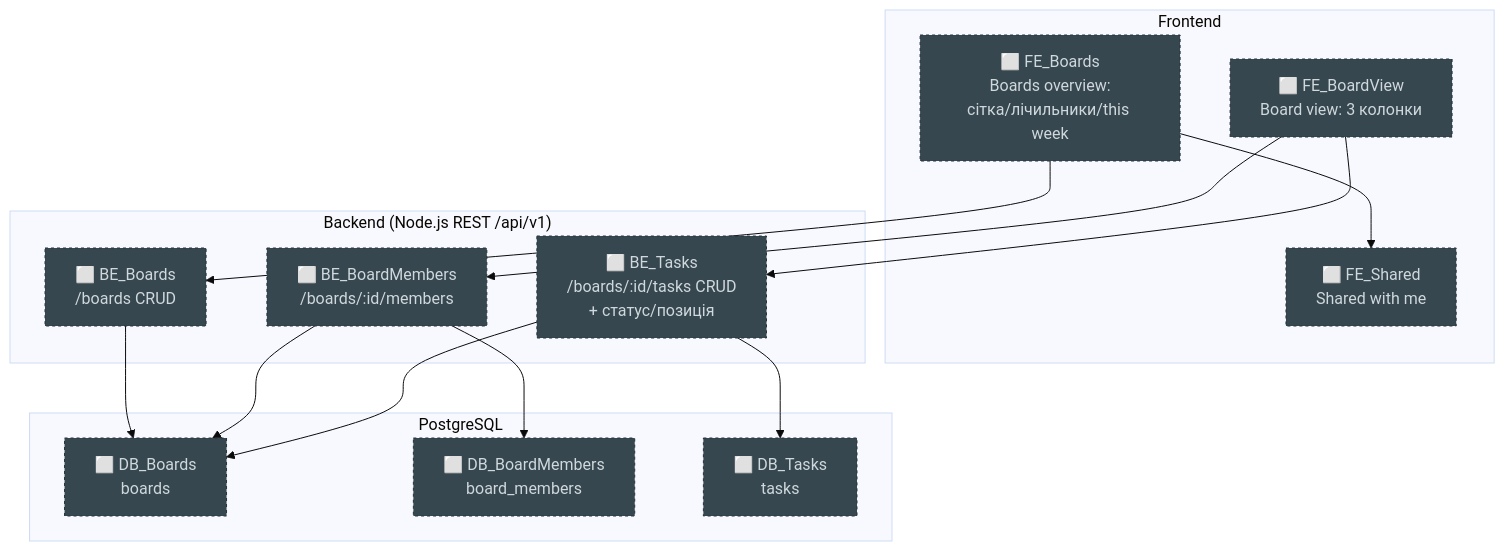
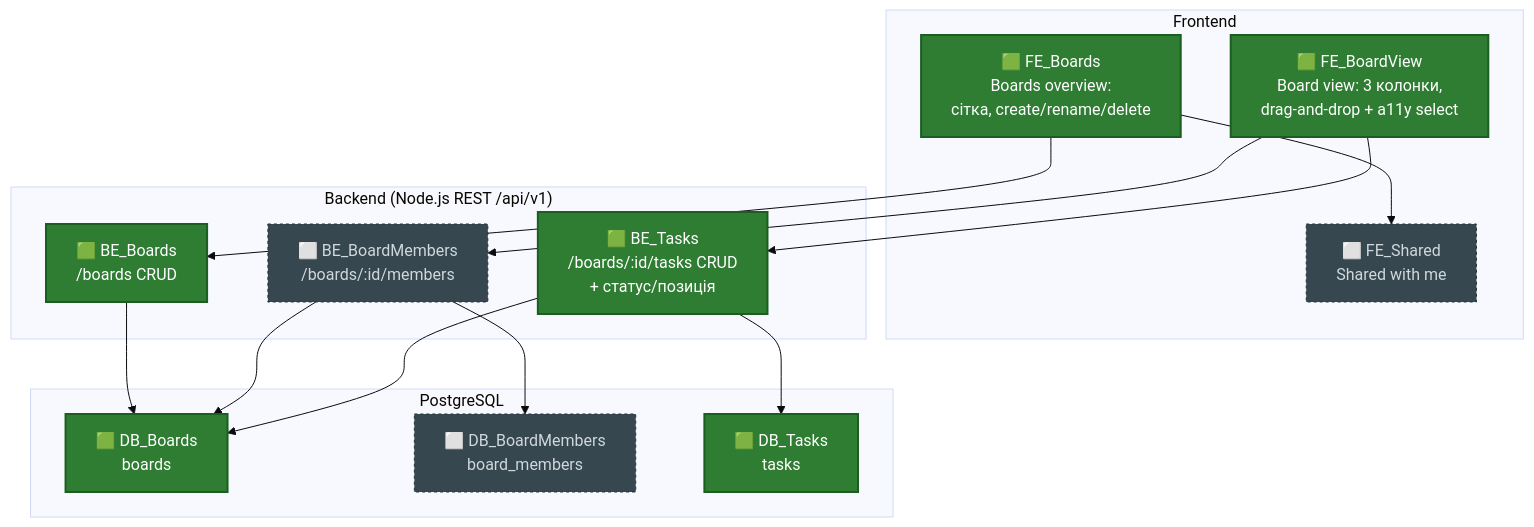
The second of 4 diagrams in PROJECT_MAP.md (ansukhorukova/learn-it), drawn with Mermaid (base theme) before and after one commit. The commit also changed other lines of this file and 1 other file, not shown here.

Commit message:
docs: update PROJECT_MAP.md — Boards/Board view/Task CRUD позначено done після Approve з фіксом concurrency-багів

````diff
--- a/PROJECT_MAP.md
+++ b/PROJECT_MAP.md
@@ -63,36 +63,37 @@
 ```mermaid
 graph TD
   classDef done fill:#2e7d32,color:#ffffff,stroke:#1b5e20,stroke-width:2px;
   classDef progress fill:#f9a825,color:#1a1a1a,stroke:#f57f17,stroke-width:2px;
   classDef planned fill:#37474f,color:#cfd8dc,stroke:#263238,stroke-width:1px,stroke-dasharray: 3 3;
 
   subgraph FE["Frontend"]
-    FE_Boards["⬜ FE_Boards<br/>Boards overview:<br/>сітка/лічильники/this week"]
+    FE_Boards["🟩 FE_Boards<br/>Boards overview:<br/>сітка, create/rename/delete"]
     FE_Shared["⬜ FE_Shared<br/>Shared with me"]
-    FE_BoardView["⬜ FE_BoardView<br/>Board view: 3 колонки"]
+    FE_BoardView["🟩 FE_BoardView<br/>Board view: 3 колонки,<br/>drag-and-drop + a11y select"]
   end
 
   subgraph BE["Backend (Node.js REST /api/v1)"]
-    BE_Boards["⬜ BE_Boards<br/>/boards CRUD"]
+    BE_Boards["🟩 BE_Boards<br/>/boards CRUD"]
     BE_BoardMembers["⬜ BE_BoardMembers<br/>/boards/:id/members"]
-    BE_Tasks["⬜ BE_Tasks<br/>/boards/:id/tasks CRUD<br/>+ статус/позиція"]
+    BE_Tasks["🟩 BE_Tasks<br/>/boards/:id/tasks CRUD<br/>+ статус/позиція"]
   end
 
   subgraph DB["PostgreSQL"]
-    DB_Boards["⬜ DB_Boards<br/>boards"]
+    DB_Boards["🟩 DB_Boards<br/>boards"]
     DB_BoardMembers["⬜ DB_BoardMembers<br/>board_members"]
-    DB_Tasks["⬜ DB_Tasks<br/>tasks"]
+    DB_Tasks["🟩 DB_Tasks<br/>tasks"]
   end
 
   FE_Boards --> FE_Shared
   FE_Boards --> BE_Boards
   BE_Boards --> DB_Boards
   FE_BoardView --> BE_BoardMembers
   BE_BoardMembers --> DB_BoardMembers
   BE_BoardMembers --> DB_Boards
   FE_BoardView --> BE_Tasks
   BE_Tasks --> DB_Tasks
   BE_Tasks --> DB_Boards
 
-  class FE_Boards,FE_Shared,FE_BoardView,BE_Boards,BE_BoardMembers,BE_Tasks,DB_Boards,DB_BoardMembers,DB_Tasks planned;
+  class FE_Boards,FE_BoardView,BE_Boards,BE_Tasks,DB_Boards,DB_Tasks done;
+  class FE_Shared,BE_BoardMembers,DB_BoardMembers planned;
 ```
````
